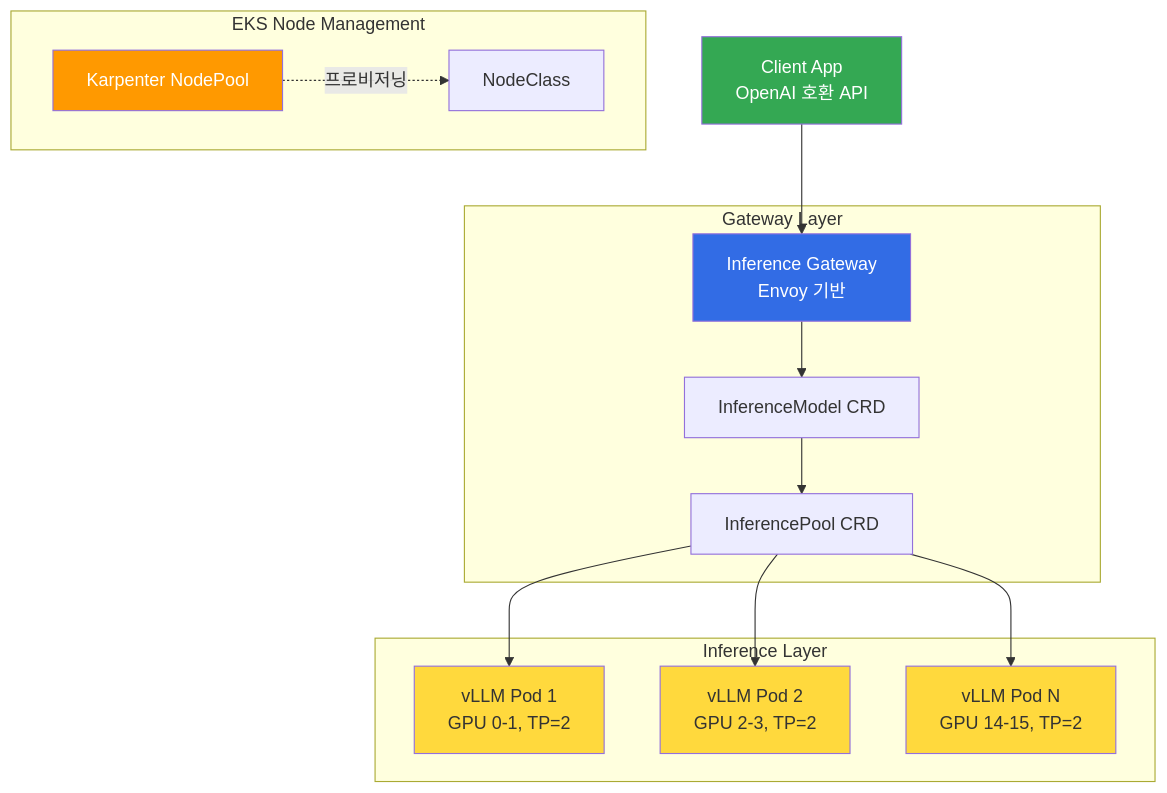
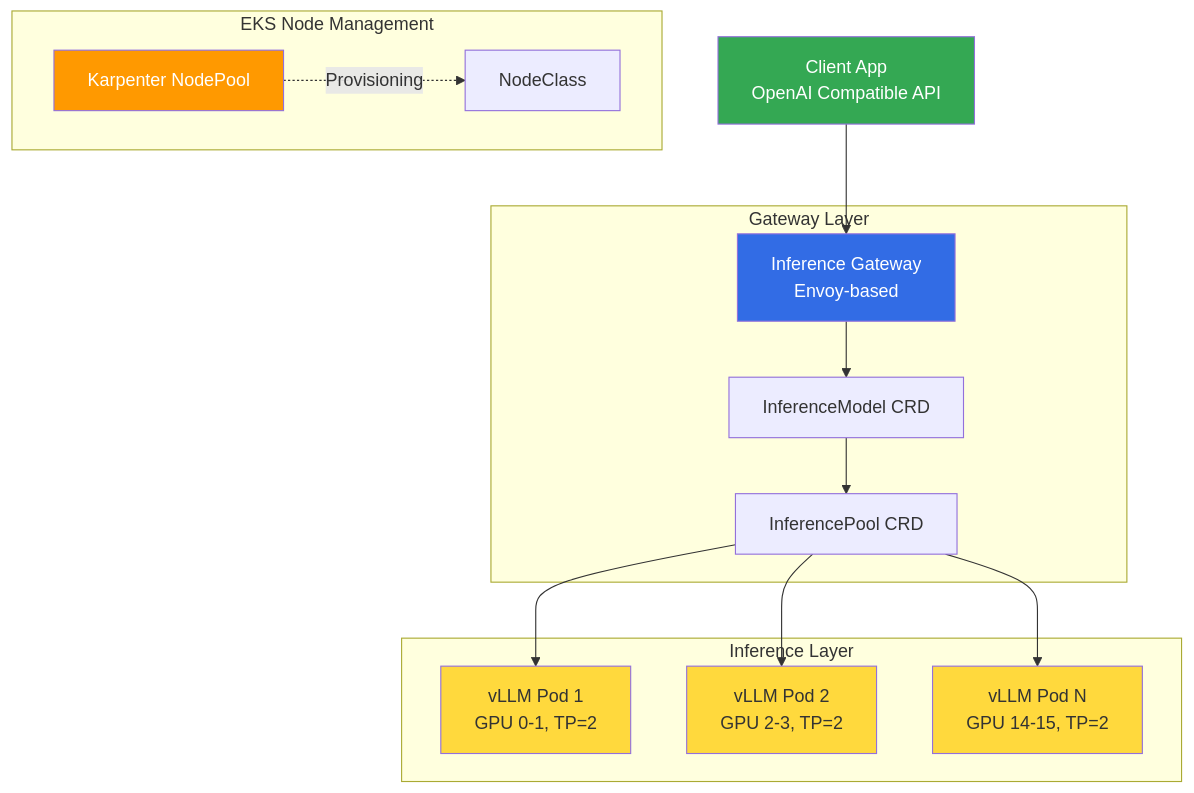
The third of 3 diagrams in i18n/en/docusaurus-plugin-content-docs/current/agentic-ai-platform/model-serving/inference-optimization/kv-cache-optimization.md (devfloor9/engineering-playbook), drawn with Mermaid before and after one commit. The commit also changed other lines of this file and 72 other files, not shown here.

````diff
--- a/i18n/en/docusaurus-plugin-content-docs/current/agentic-ai-platform/model-serving/inference-optimization/kv-cache-optimization.md
+++ b/i18n/en/docusaurus-plugin-content-docs/current/agentic-ai-platform/model-serving/inference-optimization/kv-cache-optimization.md
@@ -174,36 +174,36 @@
 ```mermaid
 flowchart TB
-    CLIENT[Client App<br/>OpenAI 호환 API]
+    CLIENT[Client App<br/>OpenAI Compatible API]
 
     subgraph Gateway["Gateway Layer"]
-        GW[Inference Gateway<br/>Envoy 기반]
+        GW[Inference Gateway<br/>Envoy-based]
         IM[InferenceModel CRD]
         IP[InferencePool CRD]
     end
 
     subgraph Inference["Inference Layer"]
         V1[vLLM Pod 1<br/>GPU 0-1, TP=2]
         V2[vLLM Pod 2<br/>GPU 2-3, TP=2]
         VN[vLLM Pod N<br/>GPU 14-15, TP=2]
     end
 
     subgraph Node["EKS Node Management"]
         NP[Karpenter NodePool]
         NC[NodeClass]
     end
 
     CLIENT --> GW
     GW --> IM
     IM --> IP
     IP --> V1
     IP --> V2
     IP --> VN
-    NP -.->|프로비저닝| NC
+    NP -.->|Provisioning| NC
 
     style CLIENT fill:#34a853,color:#fff
     style GW fill:#326ce5,color:#fff
     style V1 fill:#ffd93d
     style V2 fill:#ffd93d
     style VN fill:#ffd93d
     style NP fill:#ff9900,color:#fff
 ```
````
